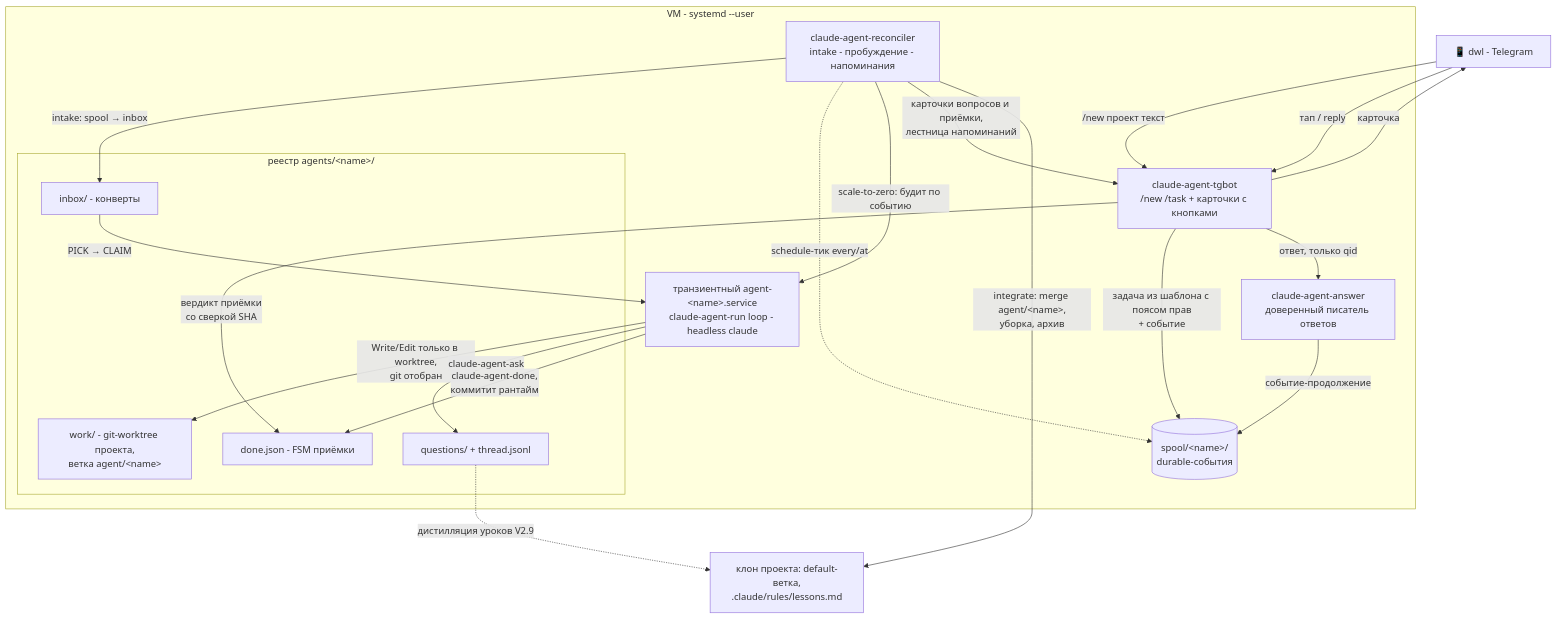
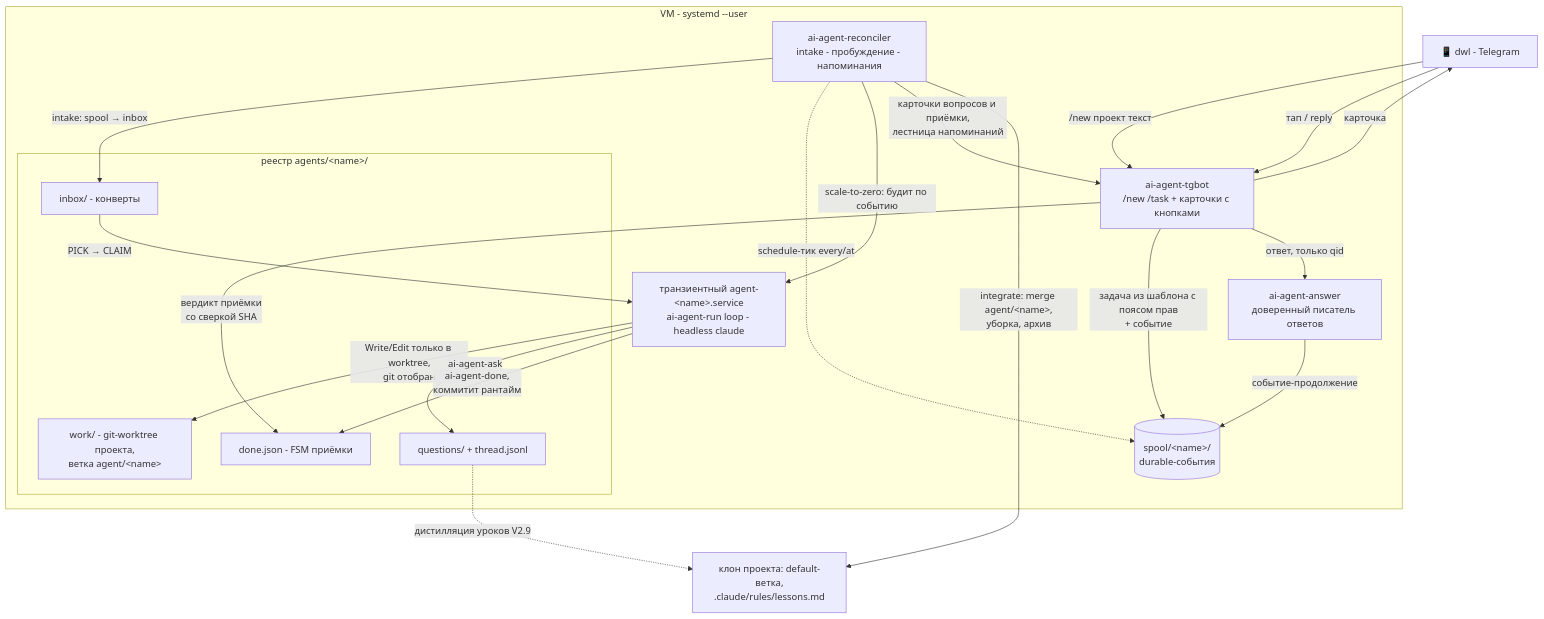
One commit to dewil/ai-control changed the diagram in docs/architecture.md. Above: the diagram before and after it, drawn with Mermaid. The commit also changed other lines of this file and 211 other files, not shown here.

````diff
--- a/docs/architecture.md
+++ b/docs/architecture.md
@@ -149,38 +149,38 @@
 ```mermaid
 flowchart TB
     dwl["📱 dwl - Telegram"]
 
     subgraph vm["VM - systemd --user"]
-      tgbot["claude-agent-tgbot<br/>/new /task + карточки с кнопками"]
-      recon["claude-agent-reconciler<br/>intake - пробуждение - напоминания"]
+      tgbot["ai-agent-tgbot<br/>/new /task + карточки с кнопками"]
+      recon["ai-agent-reconciler<br/>intake - пробуждение - напоминания"]
       spool[("spool/&lt;name&gt;/<br/>durable-события")]
-      exec["транзиентный agent-&lt;name&gt;.service<br/>claude-agent-run loop - headless claude"]
-      answer["claude-agent-answer<br/>доверенный писатель ответов"]
+      exec["транзиентный agent-&lt;name&gt;.service<br/>ai-agent-run loop - headless claude"]
+      answer["ai-agent-answer<br/>доверенный писатель ответов"]
       subgraph reg["реестр agents/&lt;name&gt;/"]
         inbox["inbox/ - конверты"]
         qthread["questions/ + thread.jsonl"]
         done["done.json - FSM приёмки"]
         work["work/ - git-worktree проекта,<br/>ветка agent/&lt;name&gt;"]
       end
     end
 
     proj["клон проекта: default-ветка,<br/>.claude/rules/lessons.md"]
 
     dwl -- "/new проект текст" --> tgbot
     tgbot -- "задача из шаблона с поясом прав<br/>+ событие" --> spool
     recon -- "intake: spool → inbox" --> inbox
     recon -. "schedule-тик every/at" .-> spool
     recon -- "scale-to-zero: будит по событию" --> exec
     inbox -- "PICK → CLAIM" --> exec
     exec -- "Write/Edit только в worktree,<br/>git отобран" --> work
-    exec -- "claude-agent-ask" --> qthread
-    exec -- "claude-agent-done,<br/>коммитит рантайм" --> done
+    exec -- "ai-agent-ask" --> qthread
+    exec -- "ai-agent-done,<br/>коммитит рантайм" --> done
     recon -- "карточки вопросов и приёмки,<br/>лестница напоминаний" --> tgbot
     tgbot -- "карточка" --> dwl
     dwl -- "тап / reply" --> tgbot
     tgbot -- "ответ, только qid" --> answer
     answer -- "событие-продолжение" --> spool
     tgbot -- "вердикт приёмки<br/>со сверкой SHA" --> done
     recon -- "integrate: merge agent/&lt;name&gt;,<br/>уборка, архив" --> proj
     qthread -. "дистилляция уроков V2.9" .-> proj
 ```
````
